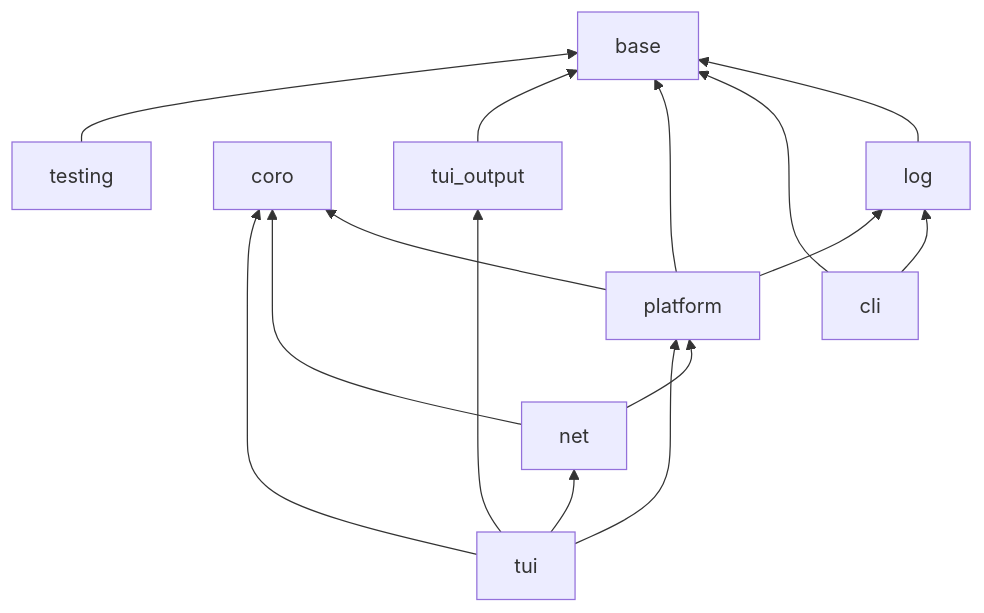
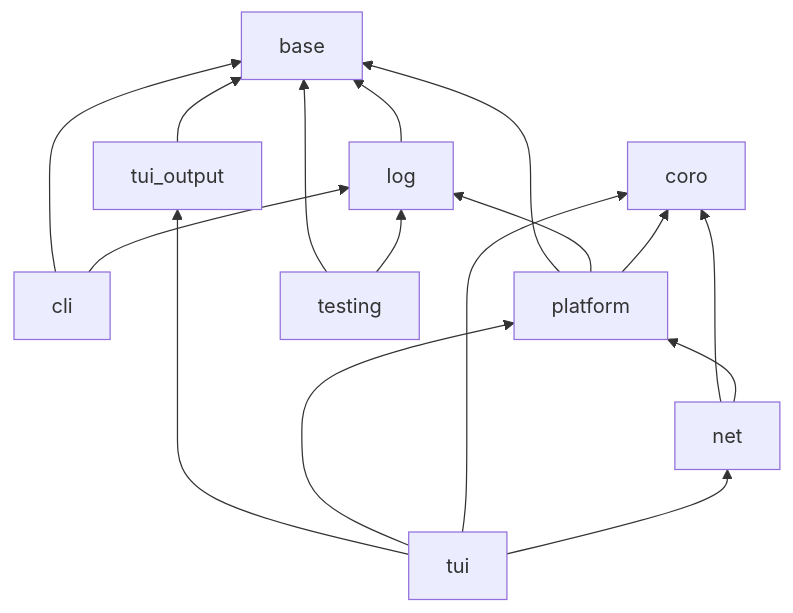
One commit to contour-terminal/core-cpp changed the diagram in docs/modules/index.md. Above: the diagram before and after it, drawn with Mermaid. The commit also changed other lines of this file and 6 other files, not shown here.

````diff
--- a/docs/modules/index.md
+++ b/docs/modules/index.md
@@ -29,17 +29,18 @@
 ```mermaid
 graph BT
     log --> base
     cli --> base
     cli --> log
     platform --> base
     platform --> log
     platform --> coro
     net --> coro
     net --> platform
     tui_output --> base
     tui --> tui_output
     tui --> platform
     tui --> coro
     tui --> net
     testing --> base
+    testing --> log
 ```
````
